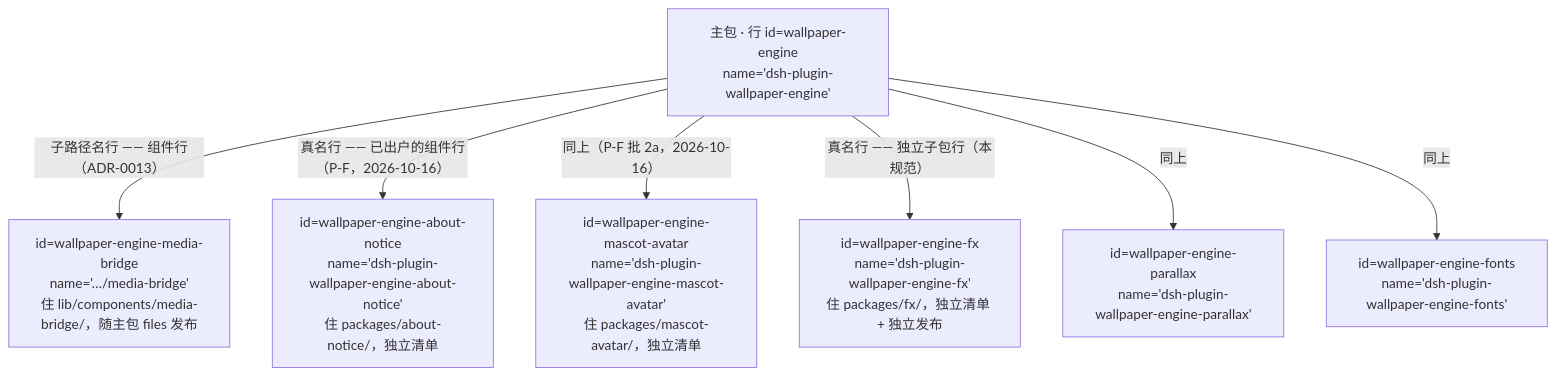
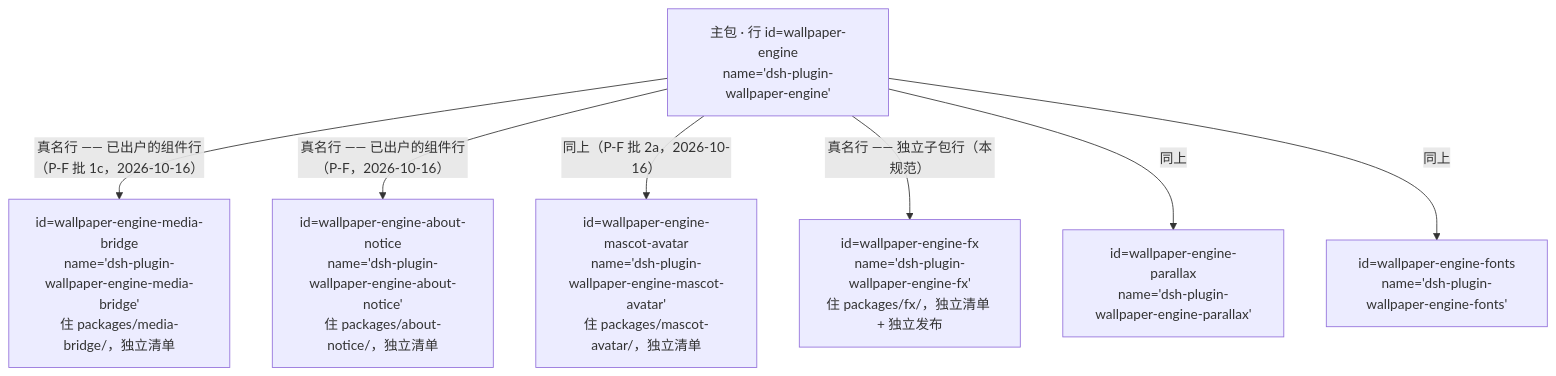
The first of 3 diagrams in docs/SUBPACKAGE-GRAPH.md (AuroraAeon/dsh-wallpaper-engine), drawn with Mermaid before and after one commit. The commit also changed other lines of this file and 60 other files, not shown here.

````diff
--- a/docs/SUBPACKAGE-GRAPH.md
+++ b/docs/SUBPACKAGE-GRAPH.md
@@ -27,10 +27,10 @@
 ```mermaid
 graph TD
   MAIN["主包 · 行 id=wallpaper-engine<br/>name='dsh-plugin-wallpaper-engine'"]
-  MAIN -->|"子路径名行 —— 组件行（ADR-0013）"| C3["id=wallpaper-engine-media-bridge<br/>name='…/media-bridge'<br/>住 lib/components/media-bridge/，随主包 files 发布"]
+  MAIN -->|"真名行 —— 已出户的组件行（P-F 批 1c，2026-10-16）"| C3["id=wallpaper-engine-media-bridge<br/>name='dsh-plugin-wallpaper-engine-media-bridge'<br/>住 packages/media-bridge/，独立清单"]
   MAIN -->|"真名行 —— 已出户的组件行（P-F，2026-10-16）"| C1["id=wallpaper-engine-about-notice<br/>name='dsh-plugin-wallpaper-engine-about-notice'<br/>住 packages/about-notice/，独立清单"]
   MAIN -->|"同上（P-F 批 2a，2026-10-16）"| C2["id=wallpaper-engine-mascot-avatar<br/>name='dsh-plugin-wallpaper-engine-mascot-avatar'<br/>住 packages/mascot-avatar/，独立清单"]
   MAIN -->|"真名行 —— 独立子包行（本规范）"| S1["id=wallpaper-engine-fx<br/>name='dsh-plugin-wallpaper-engine-fx'<br/>住 packages/fx/，独立清单 + 独立发布"]
   MAIN -->|"同上"| S2["id=wallpaper-engine-parallax<br/>name='dsh-plugin-wallpaper-engine-parallax'"]
   MAIN -->|"同上"| S3["id=wallpaper-engine-fonts<br/>name='dsh-plugin-wallpaper-engine-fonts'"]
 ```
````
